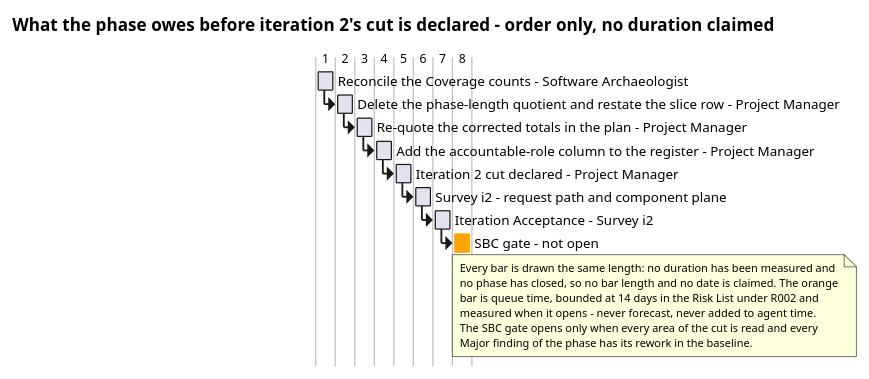
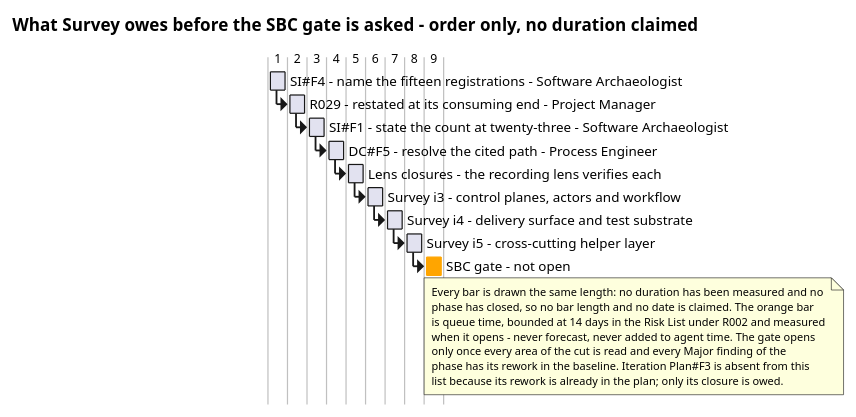
One commit to banense-test/dapr changed the third of 3 diagrams in docs/artifacts/project-management/iteration-assessment.md. Above: the diagram before and after it, drawn with PlantUML. The commit also changed other lines of this file, not shown here.

Commit message:
Project Manager [Survey2]: upsert Iteration Assessment
[skip ci]

````diff
--- a/docs/artifacts/project-management/iteration-assessment.md
+++ b/docs/artifacts/project-management/iteration-assessment.md
@@ -201,26 +201,28 @@
 ```plantuml
 @startgantt
-title What the phase owes before iteration 2's cut is declared - order only, no duration claimed
+title What Survey owes before the SBC gate is asked - order only, no duration claimed
 hide footbox
 
-[Reconcile the Coverage counts - Software Archaeologist] lasts 1 day
-[Delete the phase-length quotient and restate the slice row - Project Manager] starts at [Reconcile the Coverage counts - Software Archaeologist]'s end
-[Re-quote the corrected totals in the plan - Project Manager] starts at [Delete the phase-length quotient and restate the slice row - Project Manager]'s end
-[Add the accountable-role column to the register - Project Manager] starts at [Re-quote the corrected totals in the plan - Project Manager]'s end
-[Iteration 2 cut declared - Project Manager] starts at [Add the accountable-role column to the register - Project Manager]'s end
-[Survey i2 - request path and component plane] starts at [Iteration 2 cut declared - Project Manager]'s end
-[Iteration Acceptance - Survey i2] starts at [Survey i2 - request path and component plane]'s end
-[SBC gate - not open] starts at [Iteration Acceptance - Survey i2]'s end
+[SI#F4 - name the fifteen registrations - Software Archaeologist] lasts 1 day
+[R029 - restated at its consuming end - Project Manager] starts at [SI#F4 - name the fifteen registrations - Software Archaeologist]'s end
+[SI#F1 - state the count at twenty-three - Software Archaeologist] starts at [R029 - restated at its consuming end - Project Manager]'s end
+[DC#F5 - resolve the cited path - Process Engineer] starts at [SI#F1 - state the count at twenty-three - Software Archaeologist]'s end
+[Lens closures - the recording lens verifies each] starts at [DC#F5 - resolve the cited path - Process Engineer]'s end
+[Survey i3 - control planes, actors and workflow] starts at [Lens closures - the recording lens verifies each]'s end
+[Survey i4 - delivery surface and test substrate] starts at [Survey i3 - control planes, actors and workflow]'s end
+[Survey i5 - cross-cutting helper layer] starts at [Survey i4 - delivery surface and test substrate]'s end
+[SBC gate - not open] starts at [Survey i5 - cross-cutting helper layer]'s end
 
 [SBC gate - not open] is colored in Orange
 
 note bottom
-  Every bar is drawn the same length: no duration has been measured and
-  no phase has closed, so no bar length and no date is claimed. The orange
-  bar is queue time, bounded at 14 days in the Risk List under R002 and
-  measured when it opens - never forecast, never added to agent time.
-  The SBC gate opens only when every area of the cut is read and every
-  Major finding of the phase has its rework in the baseline.
+  Every bar is drawn the same length: no duration has been measured and no
+  phase has closed, so no bar length and no date is claimed. The orange bar
+  is queue time, bounded at 14 days in the Risk List under R002 and measured
+  when it opens - never forecast, never added to agent time. The gate opens
+  only once every area of the cut is read and every Major finding of the
+  phase has its rework in the baseline. Iteration Plan#F3 is absent from this
+  list because its rework is already in the plan; only its closure is owed.
 end note
 @endgantt
 ```
````
